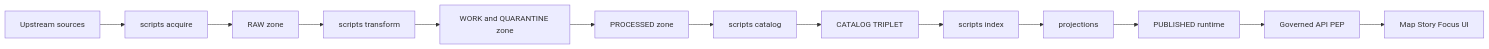
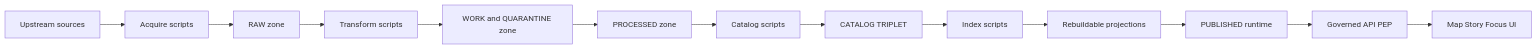
Before and after one commit to bartytime4life/Kansas-Frontier-Matrix: the first of 2 diagrams in scripts/README.md, drawn with Mermaid. The commit also changed other lines of this file, not shown here.

````diff
--- a/scripts/README.md
+++ b/scripts/README.md
@@ -112,15 +149,15 @@
 ```mermaid
 flowchart LR
-  U[Upstream sources] --> A[scripts acquire]
+  U[Upstream sources] --> A[Acquire scripts]
   A --> R[RAW zone]
-  R --> T[scripts transform]
+  R --> T[Transform scripts]
   T --> W[WORK and QUARANTINE zone]
   W --> P[PROCESSED zone]
-  P --> C[scripts catalog]
+  P --> C[Catalog scripts]
   C --> K[CATALOG TRIPLET]
-  K --> I[scripts index]
-  I --> X[projections]
+  K --> I[Index scripts]
+  I --> X[Rebuildable projections]
   X --> S[PUBLISHED runtime]
   S --> API[Governed API PEP]
   API --> UI[Map Story Focus UI]
 ```
````
